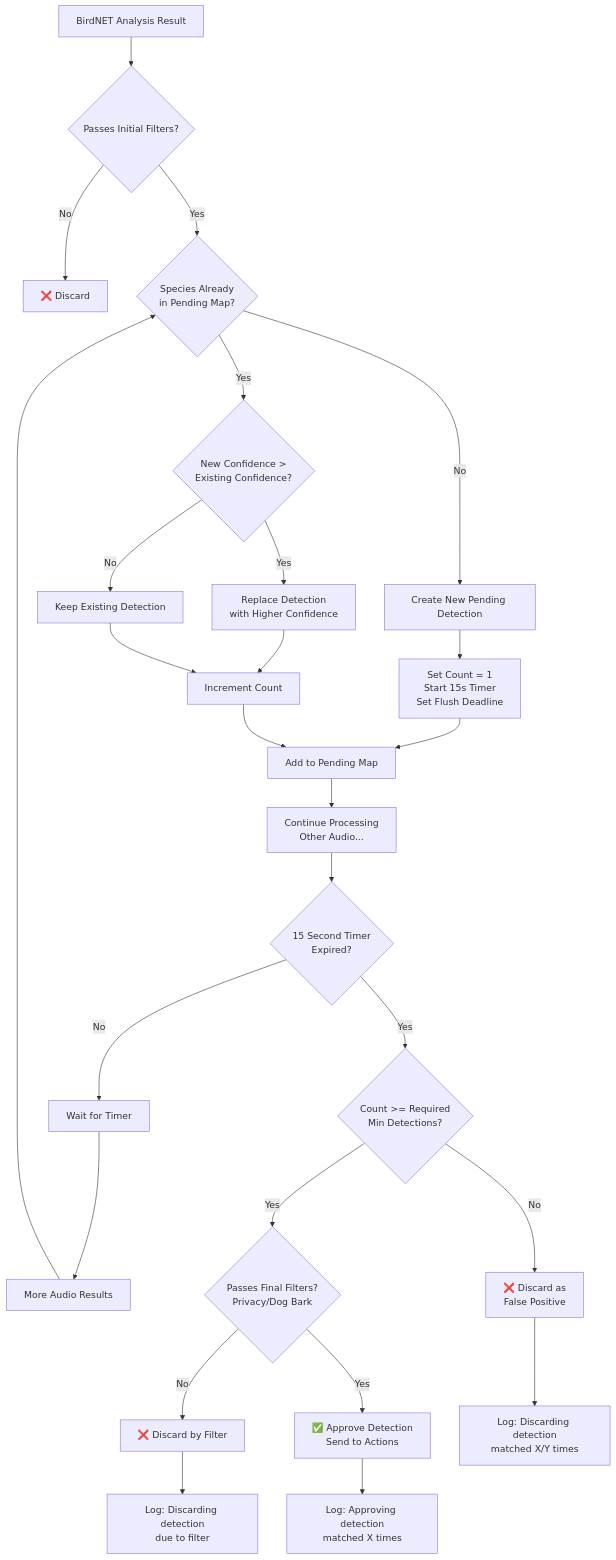
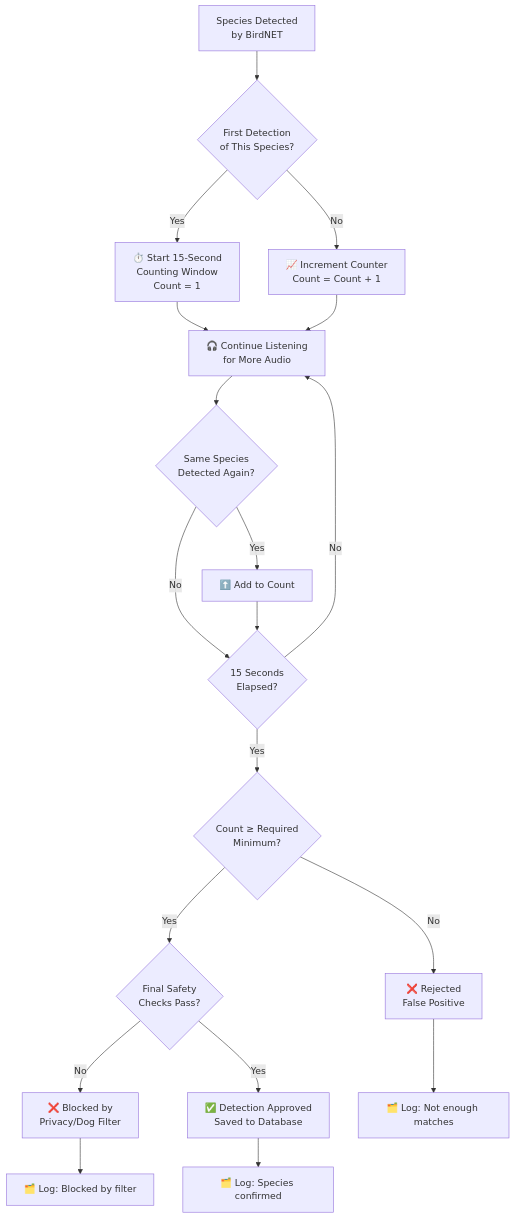
Before and after one commit to tphakala/birdnet-go: the second of 2 diagrams in doc/wiki/guide.md, drawn with Mermaid.

Commit message:
docs: update Deep Detection flow chart for clarity and accuracy
- Revised the flow chart to reflect the updated detection process, including changes to the decision points and logging messages.
- Enhanced the clarity of the flow by renaming nodes and adjusting the flow to better represent the counting and detection logic.
- Improved the overall readability and understanding of the Deep Detection mechanism in the documentation.

````diff
--- a/doc/wiki/guide.md
+++ b/doc/wiki/guide.md
@@ -978,37 +978,28 @@
 ```mermaid
 graph TD
-    A[BirdNET Analysis Result] --> B{Passes Initial Filters?}
-    B -->|No| Z[❌ Discard]
-    B -->|Yes| C{Species Already<br/>in Pending Map?}
+    A[Species Detected<br/>by BirdNET] --> B{First Detection<br/>of This Species?}
     
-    C -->|No| D[Create New Pending Detection]
-    C -->|Yes| E{New Confidence ><br/>Existing Confidence?}
+    B -->|Yes| C[⏱️ Start 15-Second<br/>Counting Window<br/>Count = 1]
+    B -->|No| D[📈 Increment Counter<br/>Count = Count + 1]
     
-    D --> F[Set Count = 1<br/>Start 15s Timer<br/>Set Flush Deadline]
-    E -->|Yes| G[Replace Detection<br/>with Higher Confidence]
-    E -->|No| H[Keep Existing Detection]
+    C --> E[🎧 Continue Listening<br/>for More Audio]
+    D --> E
     
-    G --> I[Increment Count]
-    H --> I
-    F --> J[Add to Pending Map]
-    I --> J
+    E --> F{Same Species<br/>Detected Again?}
+    F -->|Yes| G[⬆️ Add to Count]
+    F -->|No| H{15 Seconds<br/>Elapsed?}
     
-    J --> K[Continue Processing<br/>Other Audio...]
-    K --> L{15 Second Timer<br/>Expired?}
+    G --> H
+    H -->|No| E
+    H -->|Yes| I{Count ≥ Required<br/>Minimum?}
     
-    L -->|No| M[Wait for Timer]
-    L -->|Yes| N{Count >= Required<br/>Min Detections?}
+    I -->|No| J[❌ Rejected<br/>False Positive]
+    I -->|Yes| K{Final Safety<br/>Checks Pass?}
     
-    M --> O[More Audio Results] 
-    O --> C
+    K -->|No| L[❌ Blocked by<br/>Privacy/Dog Filter]
+    K -->|Yes| M[✅ Detection Approved<br/>Saved to Database]
     
-    N -->|No| P[❌ Discard as<br/>False Positive]
-    N -->|Yes| Q{Passes Final Filters?<br/>Privacy/Dog Bark}
-    
-    Q -->|No| R[❌ Discard by Filter]
-    Q -->|Yes| S[✅ Approve Detection<br/>Send to Actions]
-    
-    P --> T[Log: Discarding detection<br/>matched X/Y times]
-    R --> U[Log: Discarding detection<br/>due to filter]
-    S --> V[Log: Approving detection<br/>matched X times]
+    J --> N[🗂️ Log: Not enough matches]
+    L --> O[🗂️ Log: Blocked by filter] 
+    M --> P[🗂️ Log: Species confirmed]
 ```
````
